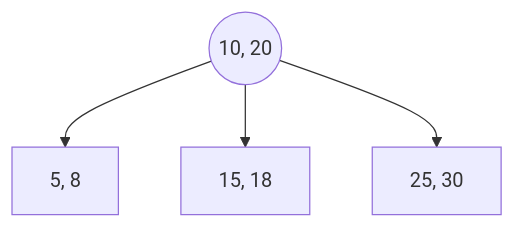
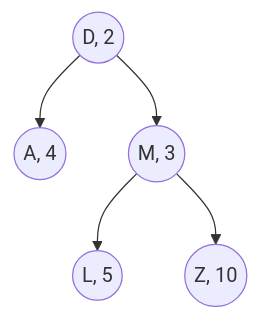
The diagram in Advanced Programming/99. Exercises.md (Snesnopic/obsidian-vault), drawn with Mermaid before and after one commit. The commit also changed other lines of this file, not shown here.

`````diff
--- a/Advanced Programming/99. Exercises.md
+++ b/Advanced Programming/99. Exercises.md
@@ -37,6 +72,7 @@
 ```mermaid
 graph TD
-    N1((10, 20)) --> L1[5, 8]
-    N1 --> L2[15, 18]
-    N1 --> L3[25, 30]
+    D((D, 2)) --> A((A, 4))
+    D --> M((M, 3))
+    M --> L((L, 5))
+    M --> Z((Z, 10))
 ````
`````
